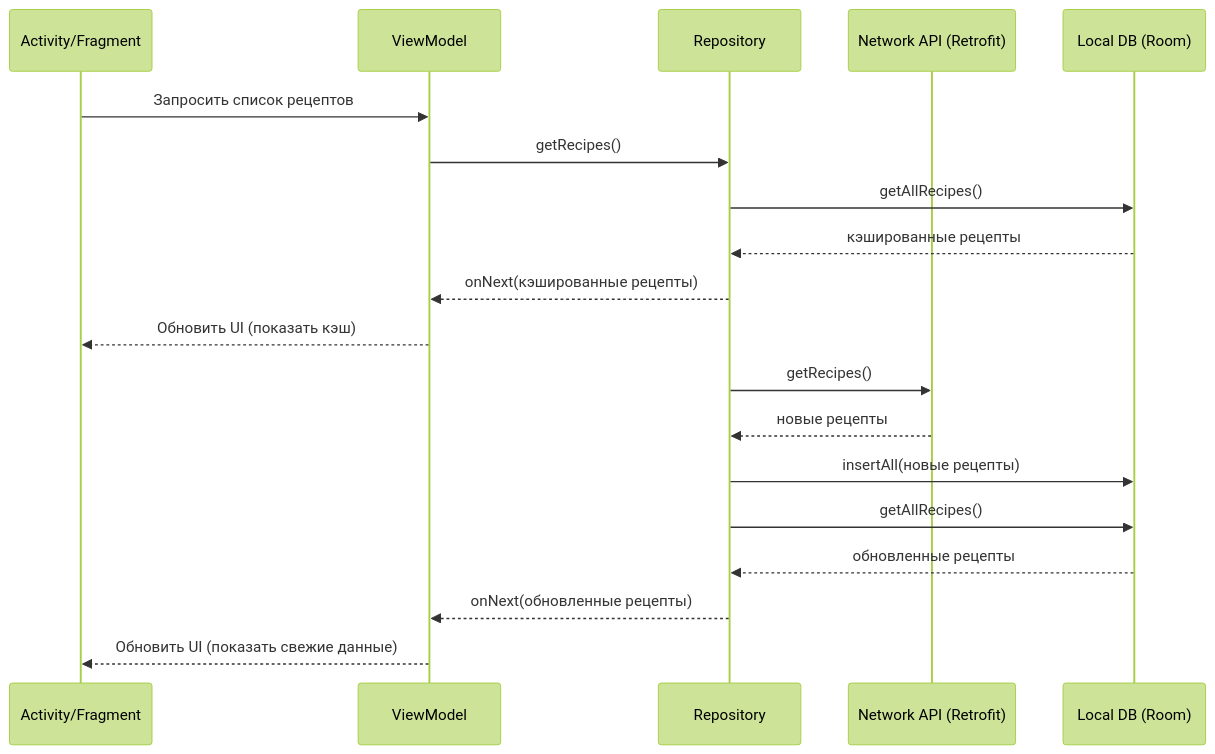
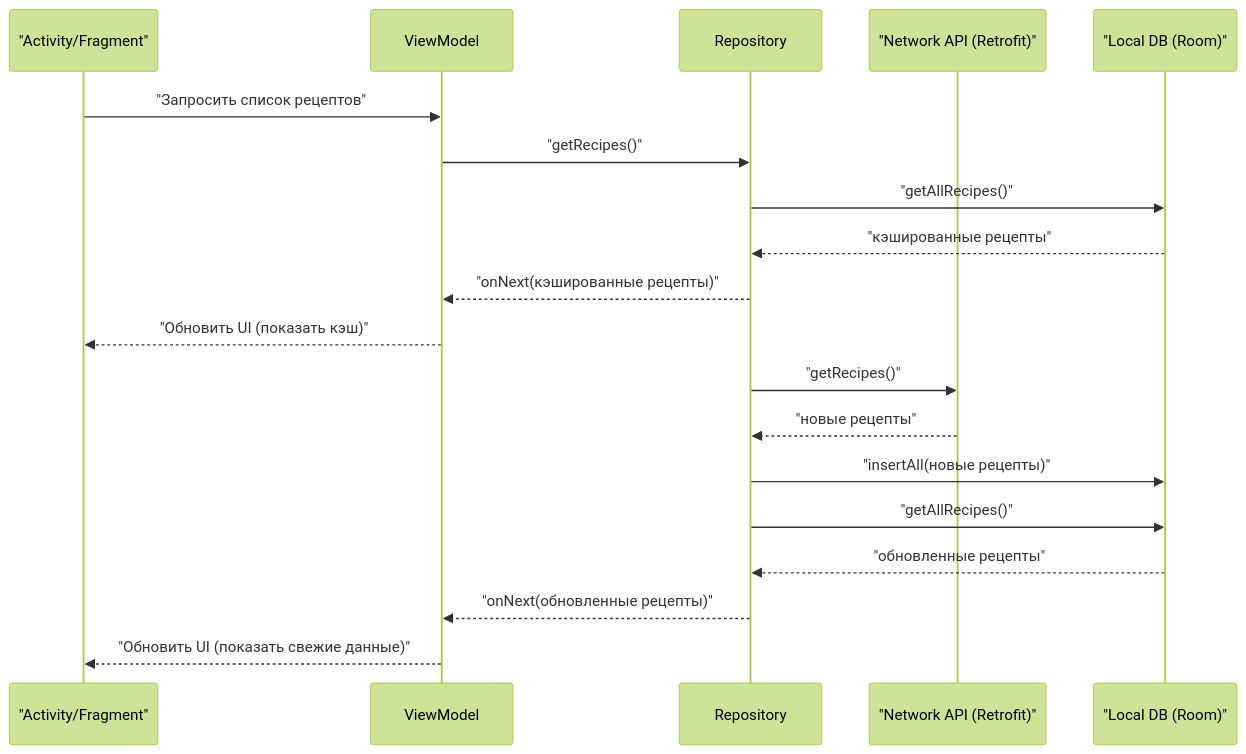
The second of 2 diagrams in documentation/03_architecture.md (german355/CookingApp), drawn with Mermaid (forest theme) before and after one commit. The commit also changed other lines of this file and 2 other files, not shown here.

Commit message:
PredRelese

````diff
--- a/documentation/03_architecture.md
+++ b/documentation/03_architecture.md
@@ -61,23 +61,23 @@
 ```mermaid
 sequenceDiagram
-    participant View as Activity/Fragment
+    participant View as "Activity/Fragment"
     participant ViewModel
     participant Repository
-    participant ApiService as Network API (Retrofit)
-    participant RecipeDao as Local DB (Room)
+    participant ApiService as "Network API (Retrofit)"
+    participant RecipeDao as "Local DB (Room)"
 
-    View->>ViewModel: Запросить список рецептов
-    ViewModel->>Repository: getRecipes()
-    Repository->>RecipeDao: getAllRecipes()
-    RecipeDao-->>Repository: кэшированные рецепты
-    Repository-->>ViewModel: onNext(кэшированные рецепты)
-    ViewModel-->>View: Обновить UI (показать кэш)
+    View->>ViewModel: "Запросить список рецептов"
+    ViewModel->>Repository: "getRecipes()"
+    Repository->>RecipeDao: "getAllRecipes()"
+    RecipeDao-->>Repository: "кэшированные рецепты"
+    Repository-->>ViewModel: "onNext(кэшированные рецепты)"
+    ViewModel-->>View: "Обновить UI (показать кэш)"
 
-    Repository->>ApiService: getRecipes()
-    ApiService-->>Repository: новые рецепты
-    Repository->>RecipeDao: insertAll(новые рецепты)
-    Repository->>RecipeDao: getAllRecipes()
-    RecipeDao-->>Repository: обновленные рецепты
-    Repository-->>ViewModel: onNext(обновленные рецепты)
-    ViewModel-->>View: Обновить UI (показать свежие данные)
+    Repository->>ApiService: "getRecipes()"
+    ApiService-->>Repository: "новые рецепты"
+    Repository->>RecipeDao: "insertAll(новые рецепты)"
+    Repository->>RecipeDao: "getAllRecipes()"
+    RecipeDao-->>Repository: "обновленные рецепты"
+    Repository-->>ViewModel: "onNext(обновленные рецепты)"
+    ViewModel-->>View: "Обновить UI (показать свежие данные)"
 ```
````
